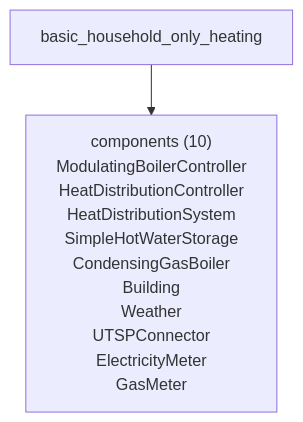
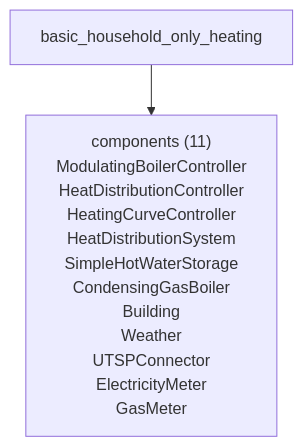
Diagram 17 of 22 in roadmap/declarative_energy_systems/grouping_overview.md (FZJ-IEK3-VSA/HiSim), drawn with Mermaid before and after one commit. The commit also changed other lines of this file and 114 other files, not shown here.

````diff
--- a/roadmap/declarative_energy_systems/grouping_overview.md
+++ b/roadmap/declarative_energy_systems/grouping_overview.md
@@ -773,7 +773,7 @@
 ```mermaid
 flowchart TD
     setup["basic_household_only_heating"]
-    components["components (10)<br/>ModulatingBoilerController<br/>HeatDistributionController<br/>HeatDistributionSystem<br/>SimpleHotWaterStorage<br/>CondensingGasBoiler<br/>Building<br/>Weather<br/>UTSPConnector<br/>ElectricityMeter<br/>GasMeter"]
+    components["components (11)<br/>ModulatingBoilerController<br/>HeatDistributionController<br/>HeatingCurveController<br/>HeatDistributionSystem<br/>SimpleHotWaterStorage<br/>CondensingGasBoiler<br/>Building<br/>Weather<br/>UTSPConnector<br/>ElectricityMeter<br/>GasMeter"]
 
     setup --> components
 ```
````
